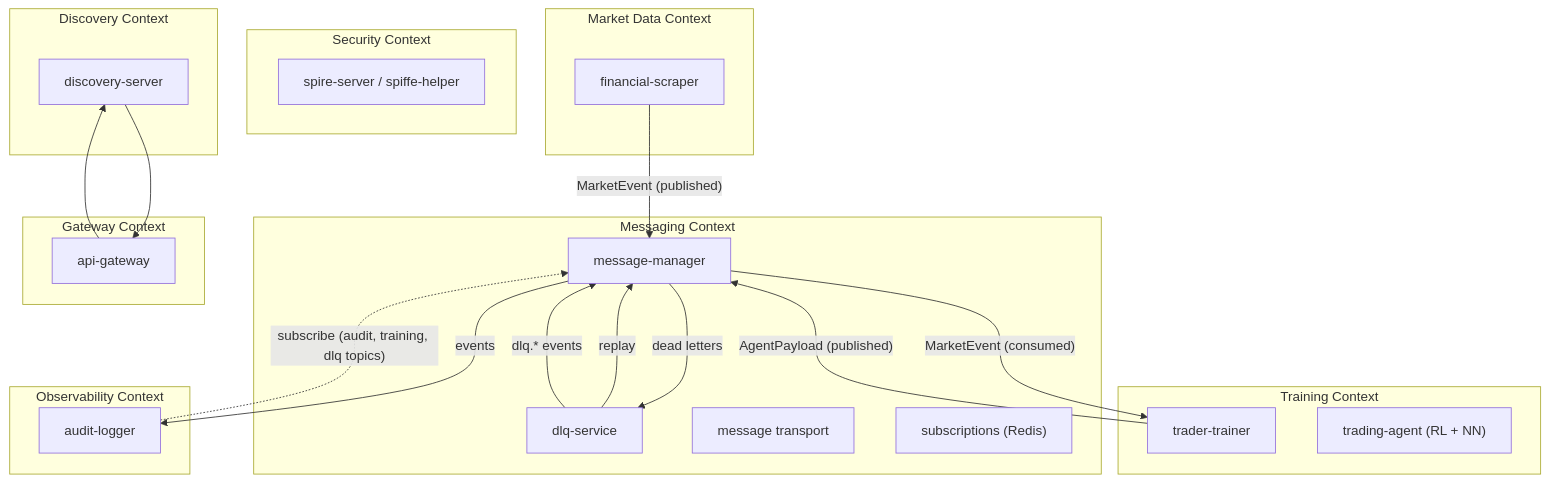
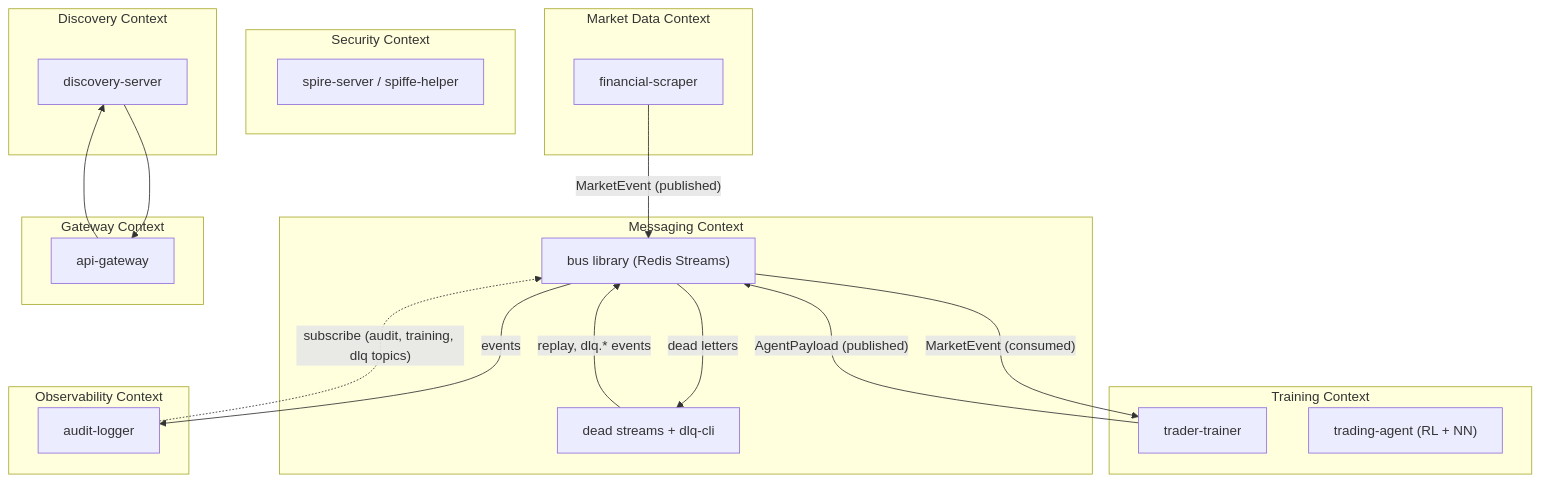
The diagram in docs/architecture/bounded-contexts.md (docteur-turboss/trading-model), drawn with Mermaid before and after one commit. The commit also changed other lines of this file and 220 other files, not shown here.

Commit message:
:fire:(multiple): remove the message-manager, dlq-service and mongo-dlq infrastructure, docs and gates (ADR-0073 release N+1) (#1241)

````diff
--- a/docs/architecture/bounded-contexts.md
+++ b/docs/architecture/bounded-contexts.md
@@ -7,39 +7,36 @@
 ```mermaid
 graph TD
     subgraph "Market Data Context"
         FS["financial-scraper"]
     end
     subgraph "Training Context"
         TT["trader-trainer"]
         TS["trading-agent (RL + NN)"]
     end
     subgraph "Messaging Context"
-        MM["message-manager"]
-        DLQ["dlq-service"]
-        MT["message transport"]
-        SUB["subscriptions (Redis)"]
+        BUS["bus library (Redis Streams)"]
+        DS2["dead streams + dlq-cli"]
     end
     subgraph "Security Context"
         SP["spire-server / spiffe-helper"]
     end
     subgraph "Discovery Context"
         DS["discovery-server"]
     end
     subgraph "Observability Context"
         AL["audit-logger"]
     end
     subgraph "Gateway Context"
         GW["api-gateway"]
     end
 
-    FS -->|"MarketEvent (published)"| MM
-    MM -->|"MarketEvent (consumed)"| TT
-    TT -->|"AgentPayload (published)"| MM
-    MM -->|"events"| AL
-    AL -.->|"subscribe (audit, training, dlq topics)"| MM
-    MM -->|"dead letters"| DLQ
-    DLQ -->|"replay"| MM
-    DLQ -->|"dlq.* events"| MM
+    FS -->|"MarketEvent (published)"| BUS
+    BUS -->|"MarketEvent (consumed)"| TT
+    TT -->|"AgentPayload (published)"| BUS
+    BUS -->|"events"| AL
+    AL -.->|"subscribe (audit, training, dlq topics)"| BUS
+    BUS -->|"dead letters"| DS2
+    DS2 -->|"replay, dlq.* events"| BUS
     DS --> GW
     GW --> DS
 ```
````
